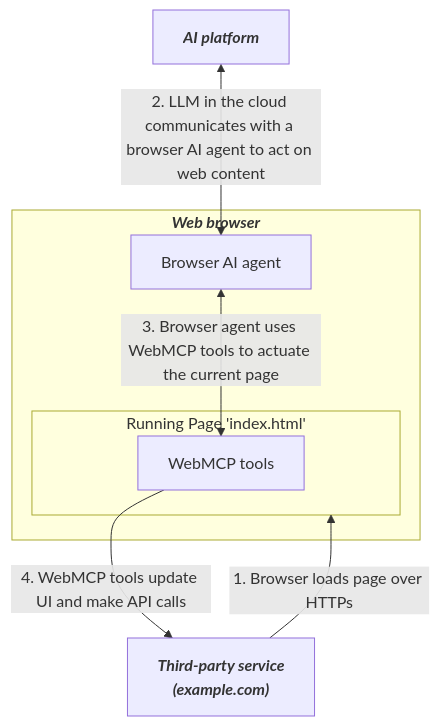
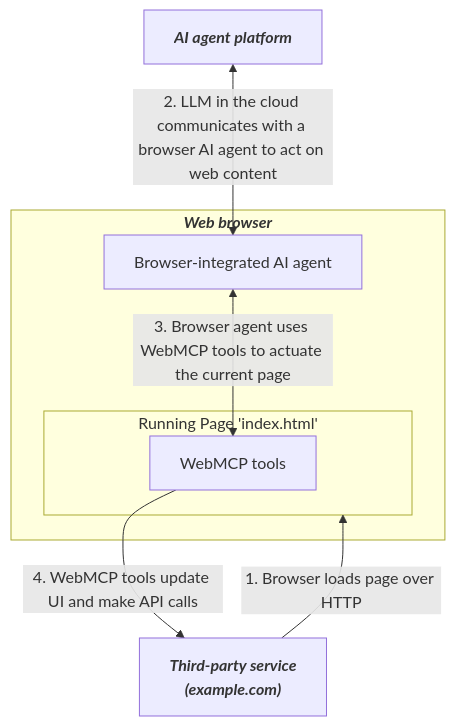
The first of 2 diagrams in README.md (webmachinelearning/webmcp), drawn with Mermaid before and after one commit. The commit also changed other lines of this file and 1 other file, not shown here.

First line of the commit message:
Convert MCP flow diagram to mermaid (#189)

````diff
--- a/README.md
+++ b/README.md
@@ -27,18 +27,18 @@
 ```mermaid
 graph TD
     subgraph WB["<b><i>Web browser</i></b>"]
-        BA["Browser AI agent"]
+        BA["Browser-integrated AI agent"]
         subgraph RP["Running Page 'index.html'"]
             WMCP["WebMCP tools"]
         end
     end
 
-    AI["<b><i>AI platform</i></b>"]
+    AI["<b><i>AI agent platform</i></b>"]
     TP["<b><i>Third-party service<br>(example.com)</i></b>"]
 
     %% Connections
-    TP -->|"1. Browser loads page over HTTPs"| RP
+    TP -->|"1. Browser loads page over HTTP"| RP
     AI <-->|"2. LLM in the cloud communicates with a browser AI agent to act on web content"| BA
     BA <-->|"3. Browser agent uses WebMCP tools to actuate the current page"| WMCP
     WMCP -->|"4. WebMCP tools update UI and make API calls"| TP
 ```
````
